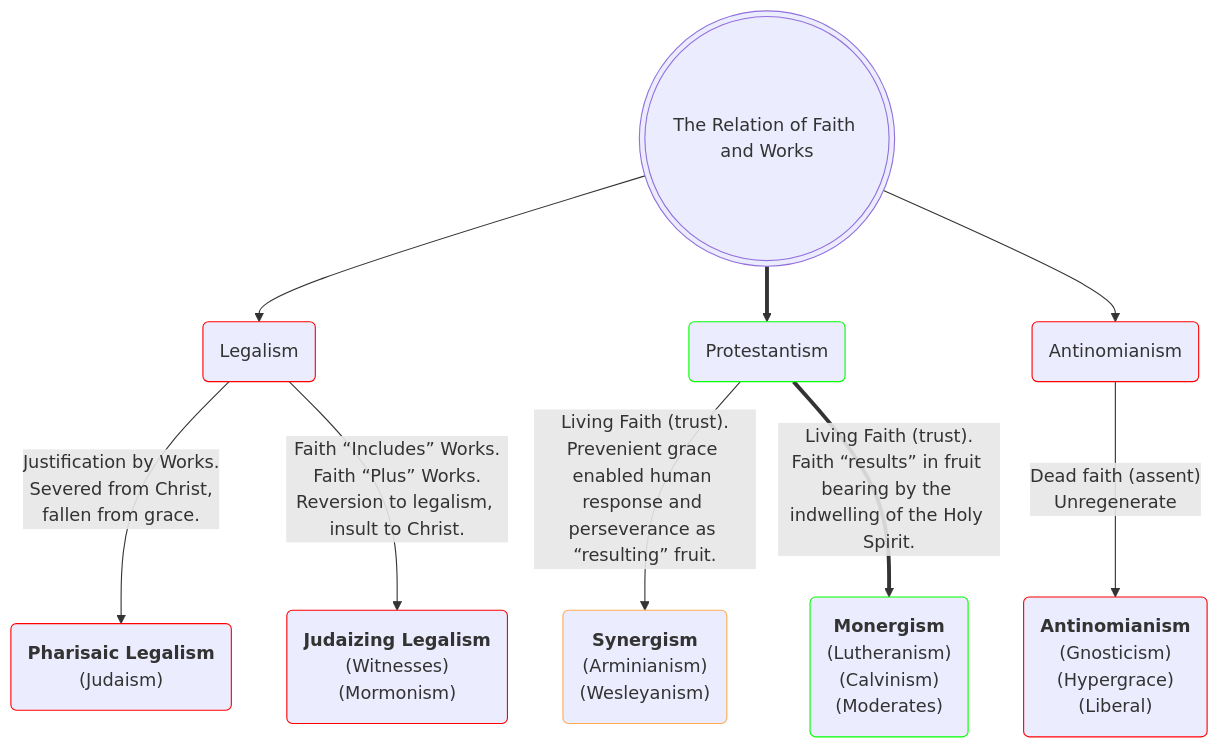
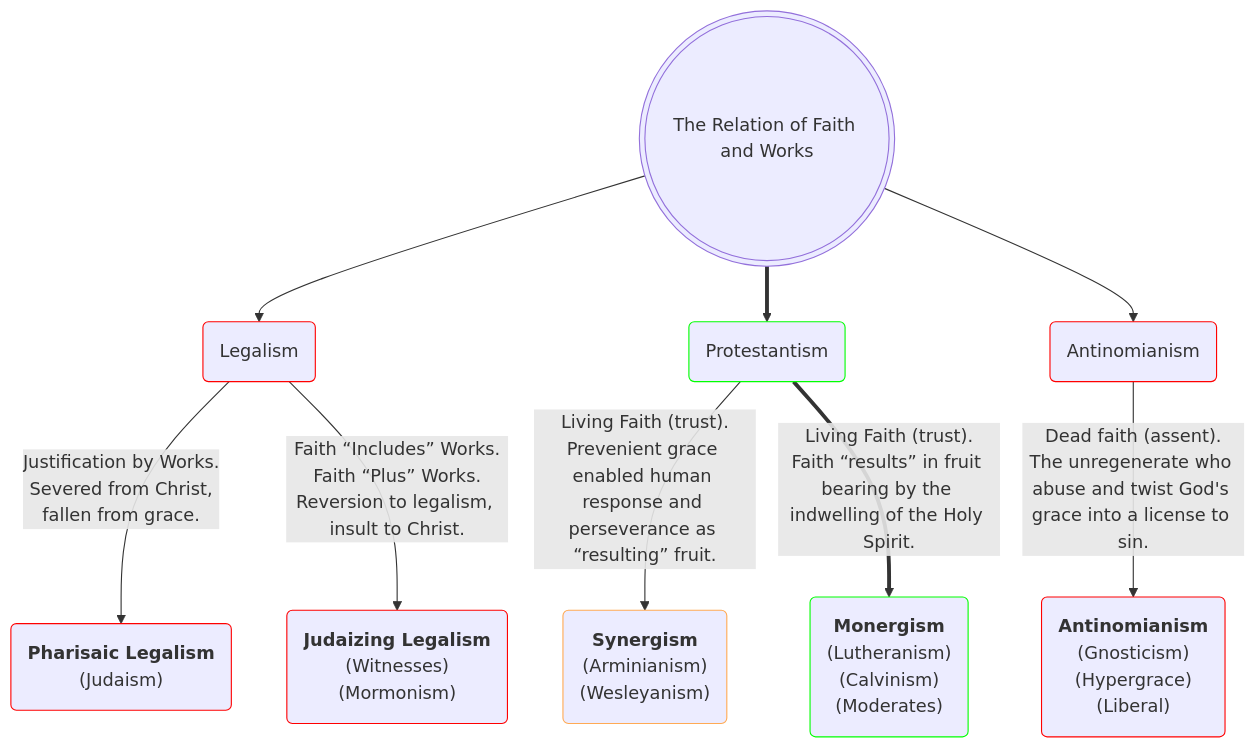
The first of 2 diagrams in _posts/2025-08-03-historic-protestant-position.markdown (OrdoLuminis/ordoluminis.github.io), drawn with Mermaid before and after one commit. The commit also changed other lines of this file, not shown here.

Commit message:
expanded

````diff
--- a/_posts/2025-08-03-historic-protestant-position.markdown
+++ b/_posts/2025-08-03-historic-protestant-position.markdown
@@ -51,16 +51,16 @@
 ```mermaid
 flowchart TD
     A(((The Relation of Faith and Works)))
     A -->B(Legalism):::red
     A ==>C(Protestantism):::green
     A -->D(Antinomianism):::red
     B -->|Justification by Works.<br>Severed from Christ,<br>fallen from grace.| E(<strong>Pharisaic Legalism</strong><br>&lpar;Judaism&rpar;):::red
     B -->|Faith &ldquo;Includes&rdquo; Works.<br>Faith &ldquo;Plus&rdquo; Works.<br>Reversion to legalism, insult to Christ.| F(<strong>Judaizing Legalism</strong><br>&lpar;Witnesses&rpar;<br>&lpar;Mormonism&rpar;):::red
     C -->|Living Faith &lpar;trust&rpar;.<br>Prevenient grace enabled human response and perseverance as &ldquo;resulting&rdquo; fruit.| H(<strong>Synergism</strong><br>&lpar;Arminianism&rpar;<br>&lpar;Wesleyanism&rpar;):::orange
     C ==>|Living Faith &lpar;trust&rpar;.<br>Faith &ldquo;results&rdquo; in fruit bearing by the indwelling of the Holy Spirit.| I(<strong>Monergism</strong><br>&lpar;Lutheranism&rpar;<br>&lpar;Calvinism&rpar;<br>&lpar;Moderates&rpar;):::green
-    D -->|Dead faith &lpar;assent&rpar;<br>Unregenerate| G(<strong>Antinomianism</strong><br>&lpar;Gnosticism&rpar;<br>&lpar;Hypergrace&rpar;<br>&lpar;Liberal&rpar;):::red
+    D -->|Dead faith &lpar;assent&rpar;.<br>The unregenerate who abuse and twist God's grace into a license to sin.| G(<strong>Antinomianism</strong><br>&lpar;Gnosticism&rpar;<br>&lpar;Hypergrace&rpar;<br>&lpar;Liberal&rpar;):::red
     classDef red stroke:#f00
     classDef green stroke:#0f0
     classDef lightgreen stroke:#Bf0
     classDef orange stroke:#fa5
 ```
````
